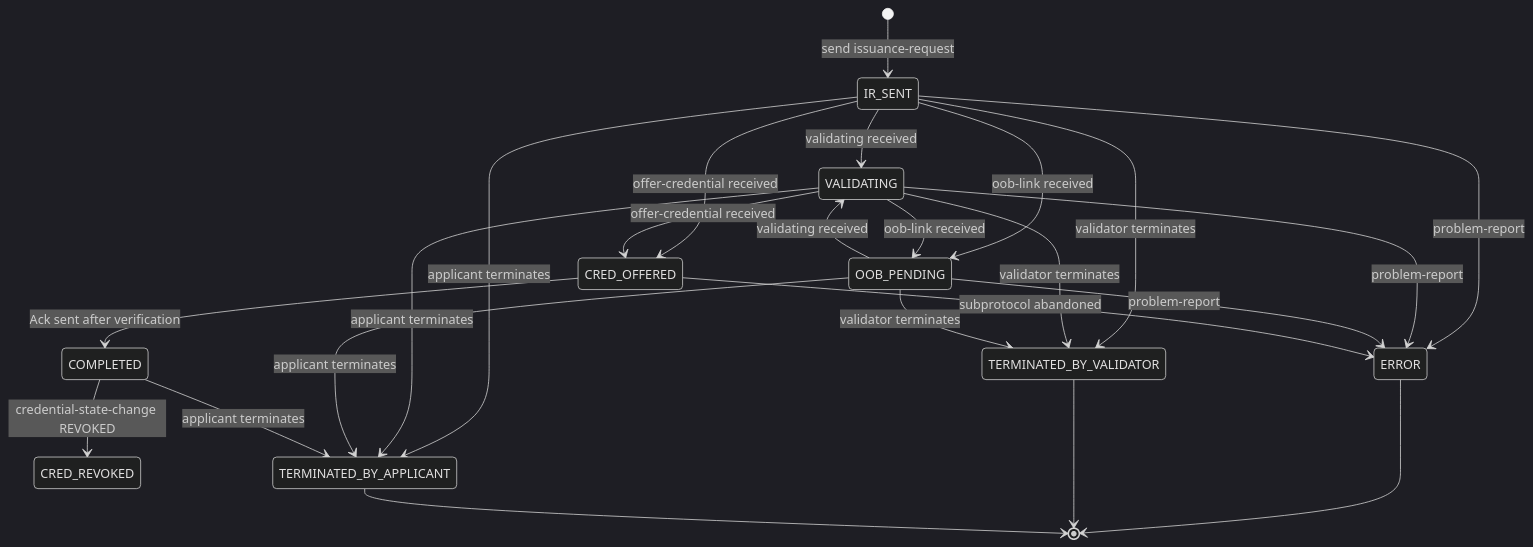
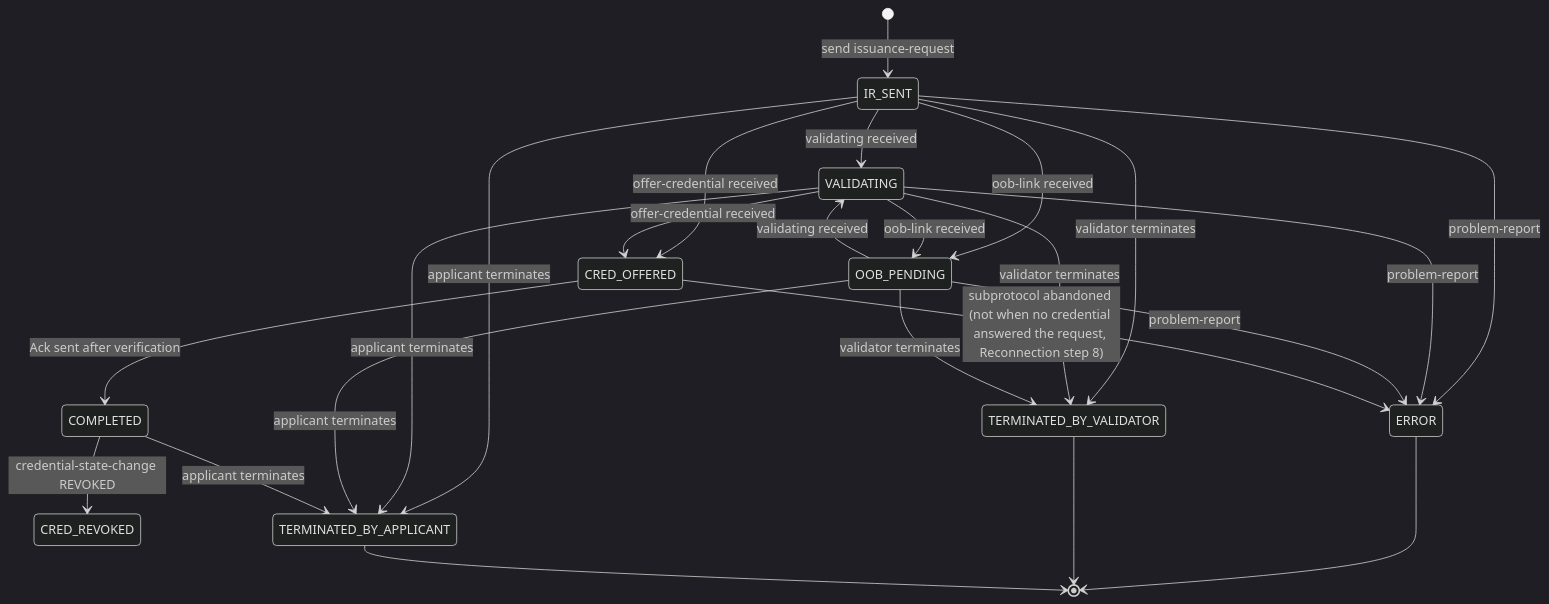
The second of 4 diagrams in v4/vt-flow-protocol/spec.md (verana-labs/verana-spec), drawn with Mermaid (dark theme) before and after one commit. The commit also changed other lines of this file and 1 other file, not shown here.

First line of the commit message:
fix(vt-flow): repair an issuance left in CRED_OFFERED and repeat a failed pre-flight (#138)

````diff
--- a/v4/vt-flow-protocol/spec.md
+++ b/v4/vt-flow-protocol/spec.md
@@ -494,29 +510,29 @@
 ```mermaid
 stateDiagram-v2
     direction TB
     [*] --> IR_SENT: send issuance-request
     IR_SENT --> VALIDATING: validating received
     IR_SENT --> OOB_PENDING: oob-link received
     VALIDATING --> OOB_PENDING: oob-link received
     OOB_PENDING --> VALIDATING: validating received
     IR_SENT --> CRED_OFFERED: offer-credential received
     VALIDATING --> CRED_OFFERED: offer-credential received
     CRED_OFFERED --> COMPLETED: Ack sent after verification
 
     COMPLETED --> CRED_REVOKED: credential-state-change REVOKED
 
     IR_SENT --> ERROR: problem-report
     VALIDATING --> ERROR: problem-report
     OOB_PENDING --> ERROR: problem-report
-    CRED_OFFERED --> ERROR: subprotocol abandoned
+    CRED_OFFERED --> ERROR: subprotocol abandoned (not when no credential answered the request, Reconnection step 8)
     IR_SENT --> TERMINATED_BY_VALIDATOR: validator terminates
     VALIDATING --> TERMINATED_BY_VALIDATOR: validator terminates
     OOB_PENDING --> TERMINATED_BY_VALIDATOR: validator terminates
     IR_SENT --> TERMINATED_BY_APPLICANT: applicant terminates
     VALIDATING --> TERMINATED_BY_APPLICANT: applicant terminates
     OOB_PENDING --> TERMINATED_BY_APPLICANT: applicant terminates
     COMPLETED --> TERMINATED_BY_APPLICANT: applicant terminates
     ERROR --> [*]
     TERMINATED_BY_VALIDATOR --> [*]
     TERMINATED_BY_APPLICANT --> [*]
 ```
````
